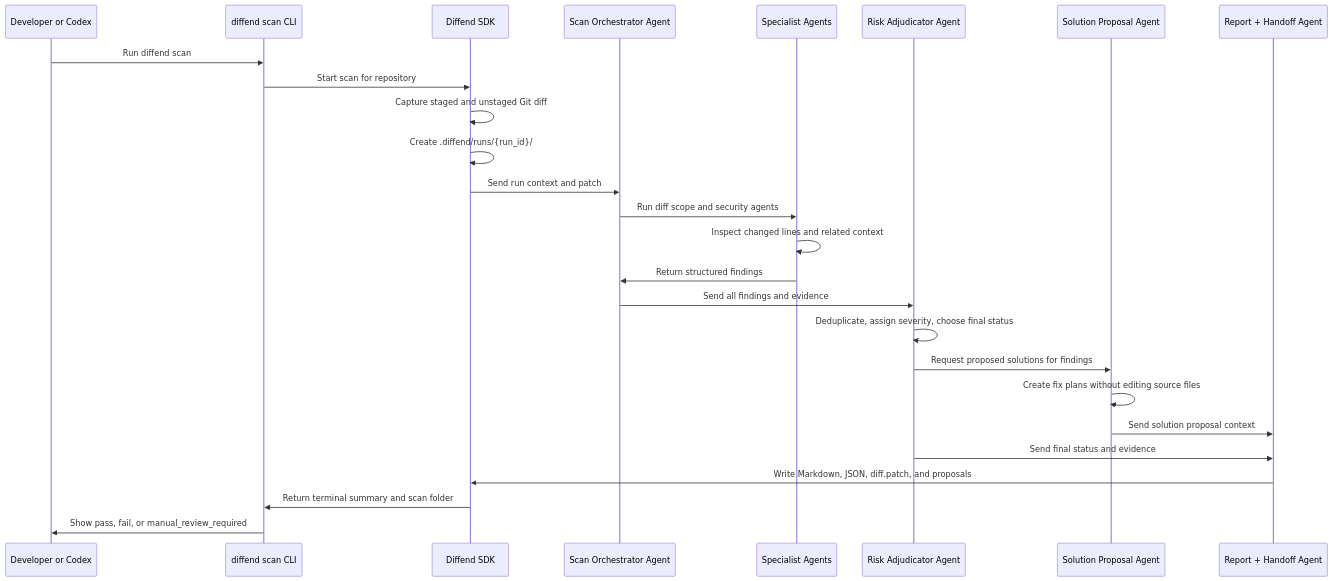
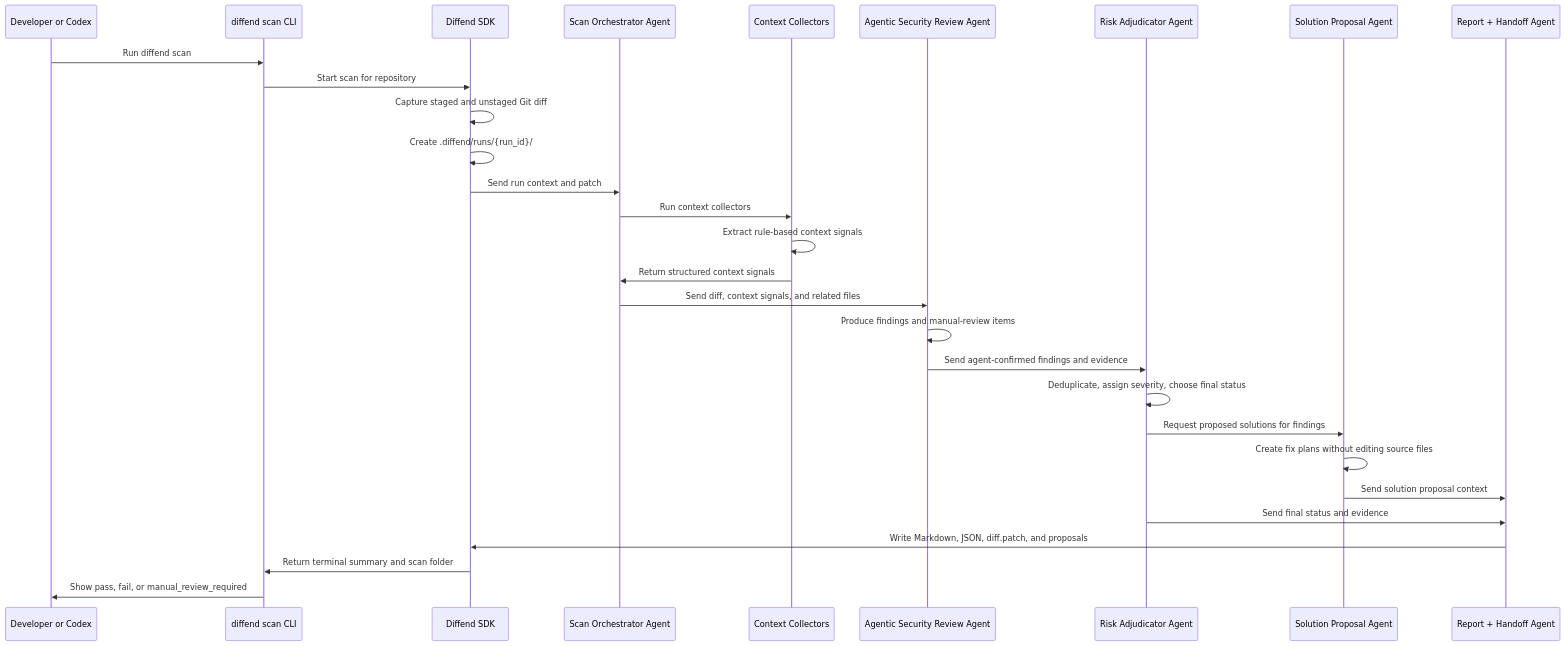
One commit to VietToan210904/diffend changed the second of 2 diagrams in README.md. Above: the diagram before and after it, drawn with Mermaid. The commit also changed other lines of this file, not shown here.

````diff
--- a/README.md
+++ b/README.md
@@ -110,29 +110,32 @@
 ```mermaid
 sequenceDiagram
   participant Dev as Developer or Codex
   participant CLI as diffend scan CLI
   participant SDK as Diffend SDK
   participant Orch as Scan Orchestrator Agent
-  participant Agents as Specialist Agents
+  participant Agents as Context Collectors
+  participant Review as Agentic Security Review Agent
   participant Adj as Risk Adjudicator Agent
   participant Sol as Solution Proposal Agent
   participant Report as Report + Handoff Agent
 
   Dev->>CLI: Run diffend scan
   CLI->>SDK: Start scan for repository
   SDK->>SDK: Capture staged and unstaged Git diff
   SDK->>SDK: Create .diffend/runs/{run_id}/
   SDK->>Orch: Send run context and patch
-  Orch->>Agents: Run diff scope and security agents
-  Agents->>Agents: Inspect changed lines and related context
-  Agents->>Orch: Return structured findings
-  Orch->>Adj: Send all findings and evidence
+  Orch->>Agents: Run context collectors
+  Agents->>Agents: Extract rule-based context signals
+  Agents->>Orch: Return structured context signals
+  Orch->>Review: Send diff, context signals, and related files
+  Review->>Review: Produce findings and manual-review items
+  Review->>Adj: Send agent-confirmed findings and evidence
   Adj->>Adj: Deduplicate, assign severity, choose final status
   Adj->>Sol: Request proposed solutions for findings
   Sol->>Sol: Create fix plans without editing source files
   Sol->>Report: Send solution proposal context
   Adj->>Report: Send final status and evidence
   Report->>SDK: Write Markdown, JSON, diff.patch, and proposals
   SDK->>CLI: Return terminal summary and scan folder
   CLI->>Dev: Show pass, fail, or manual_review_required
 ```
````
